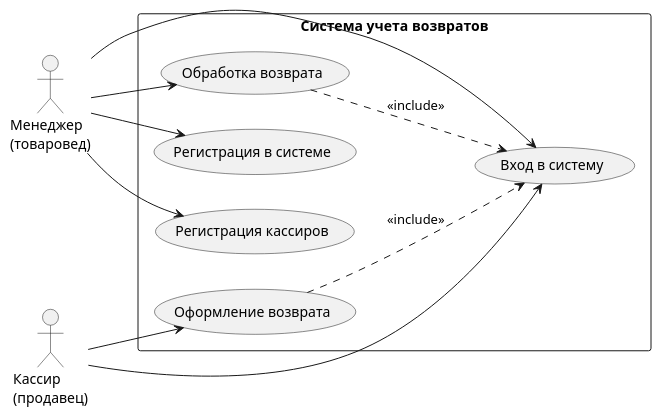
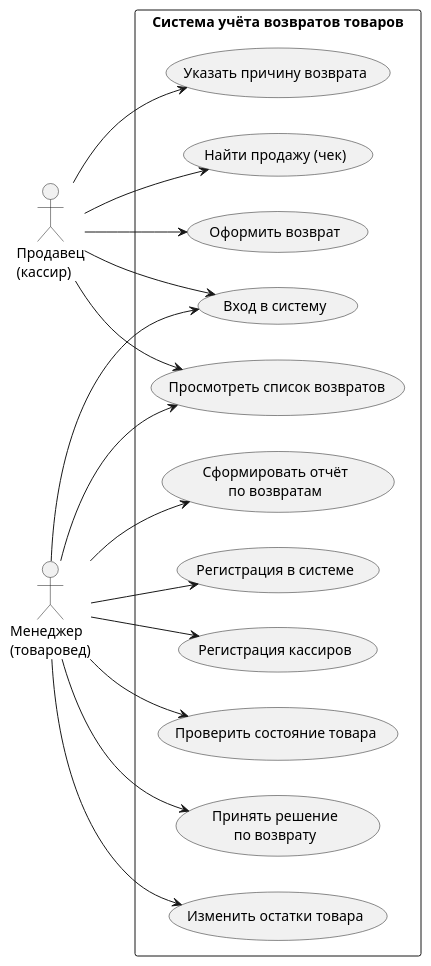
The diagram in docs/diagrams/use-case.puml (Rousen00/Returns-tracking), drawn with PlantUML before and after one commit. The commit also changed 3 other files, not shown here.

Commit message:
Add README, use case diagram and flowcharts

```diff
--- a/docs/diagrams/use-case.puml
+++ b/docs/diagrams/use-case.puml
@@ -1,23 +1,35 @@
 @startuml
 left to right direction
+
+actor "Продавец\n(кассир)" as Cashier
 actor "Менеджер\n(товаровед)" as Manager
-actor "Кассир\n(продавец)" as Cashier
 
-rectangle "Система учета возвратов" {
-usecase "Регистрация в системе" as UC1
-usecase "Регистрация кассиров" as UC2
-usecase "Вход в систему" as UC3
-usecase "Оформление возврата" as UC4
-usecase "Обработка возврата" as UC5
+rectangle "Система учёта возвратов товаров" {
+usecase "Вход в систему" as UC1
+usecase "Найти продажу (чек)" as UC2
+usecase "Оформить возврат" as UC3
+usecase "Указать причину возврата" as UC4
+usecase "Просмотреть список возвратов" as UC5
+usecase "Регистрация в системе" as UC6
+usecase "Регистрация кассиров" as UC7
+usecase "Проверить состояние товара" as UC8
+usecase "Принять решение\nпо возврату" as UC9
+usecase "Изменить остатки товара" as UC10
+usecase "Сформировать отчёт\nпо возвратам" as UC11
 }
 
-Manager --> UC1
-Manager --> UC2
-Manager --> UC3
-Manager --> UC5
+Cashier --> UC1
+Cashier --> UC2
 Cashier --> UC3
 Cashier --> UC4
+Cashier --> UC5
 
-UC4 ..> UC3 : <<include>>
-UC5 ..> UC3 : <<include>>
+Manager --> UC1
+Manager --> UC5
+Manager --> UC6
+Manager --> UC7
+Manager --> UC8
+Manager --> UC9
+Manager --> UC10
+Manager --> UC11
 @enduml
```
